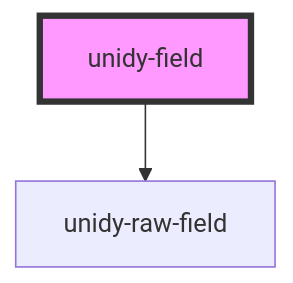
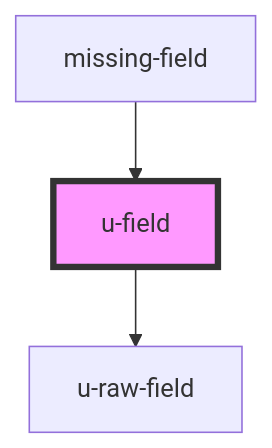
The diagram in packages/auth/src/components/profile/field/readme.md (UnidyID/unidy-sdk), drawn with Mermaid before and after one commit. The commit also changed other lines of this file and 12 other files, not shown here.

````diff
--- a/packages/auth/src/components/profile/field/readme.md
+++ b/packages/auth/src/components/profile/field/readme.md
@@ -52,5 +56,6 @@
 ```mermaid
 graph TD;
-  unidy-field --> unidy-raw-field
-  style unidy-field fill:#f9f,stroke:#333,stroke-width:4px
+  u-field --> u-raw-field
+  missing-field --> u-field
+  style u-field fill:#f9f,stroke:#333,stroke-width:4px
 ```
````
